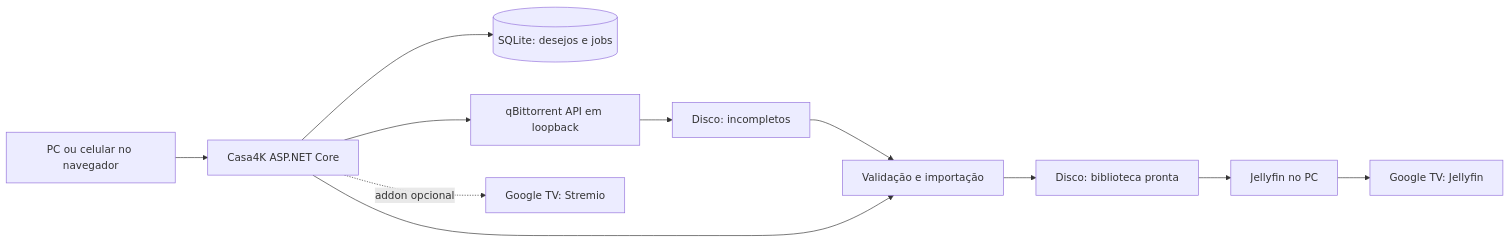
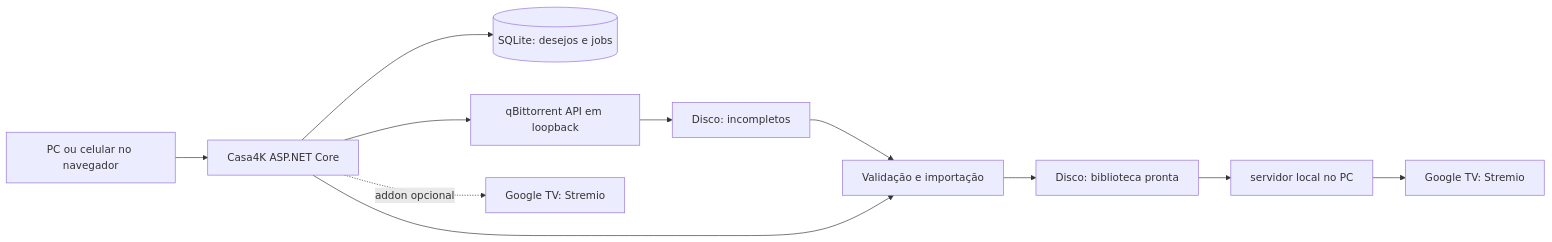
Before and after one commit to juniorags1/c4k: the diagram in .planning/research/archive/INITIAL-ARCHITECTURE.md, drawn with Mermaid. The commit also changed other lines of this file and 19 other files, not shown here.

````diff
--- a/.planning/research/archive/INITIAL-ARCHITECTURE.md
+++ b/.planning/research/archive/INITIAL-ARCHITECTURE.md
@@ -5,13 +5,13 @@
 ```mermaid
 flowchart LR
     U[PC ou celular no navegador] --> C[Casa4K ASP.NET Core]
     C --> DB[(SQLite: desejos e jobs)]
     C --> Q[qBittorrent API em loopback]
     Q --> I[Disco: incompletos]
     I --> V[Validação e importação]
     V --> L[Disco: biblioteca pronta]
     C --> V
-    L --> J[Jellyfin no PC]
-    J --> TV[Google TV: Jellyfin]
+    L --> J[servidor local no PC]
+    J --> TV[Google TV: Stremio]
     C -. addon opcional .-> ST[Google TV: Stremio]
 ```
````
